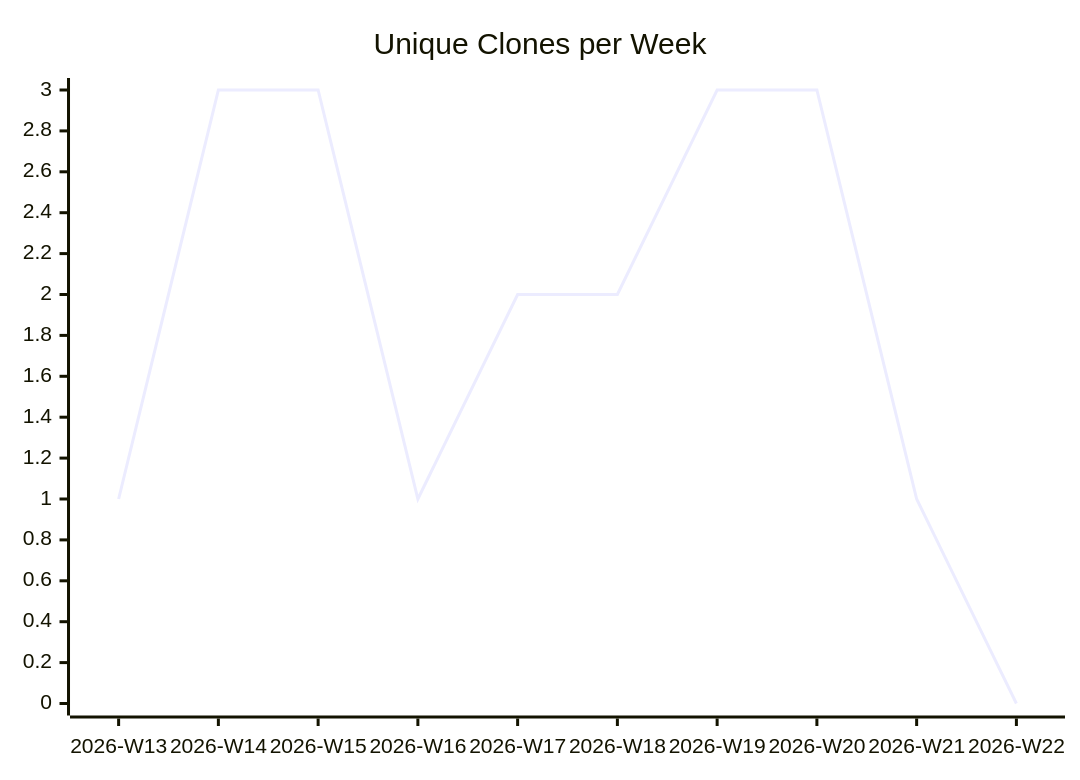
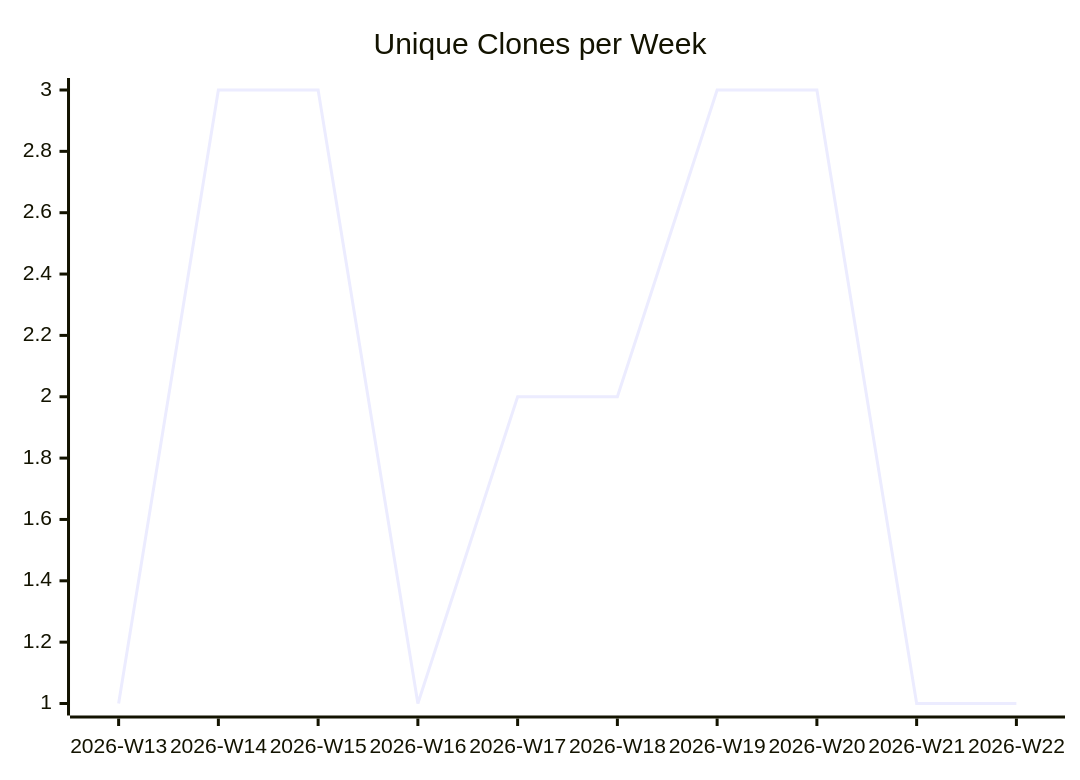
The third of 3 diagrams in karlmdavis/puppet-sonar/README.md (justdavis-family/github-analytics-data), drawn with Mermaid before and after one commit. The commit also changed other lines of this file and 190 other files, not shown here.

````diff
--- a/karlmdavis/puppet-sonar/README.md
+++ b/karlmdavis/puppet-sonar/README.md
@@ -19,6 +19,6 @@
 ```mermaid
 xychart-beta
   title "Unique Clones per Week"
   x-axis ["2026-W13", "2026-W14", "2026-W15", "2026-W16", "2026-W17", "2026-W18", "2026-W19", "2026-W20", "2026-W21", "2026-W22"]
-  line [1, 3, 3, 1, 2, 2, 3, 3, 1, 0]
+  line [1, 3, 3, 1, 2, 2, 3, 3, 1, 1]
 ```
````
